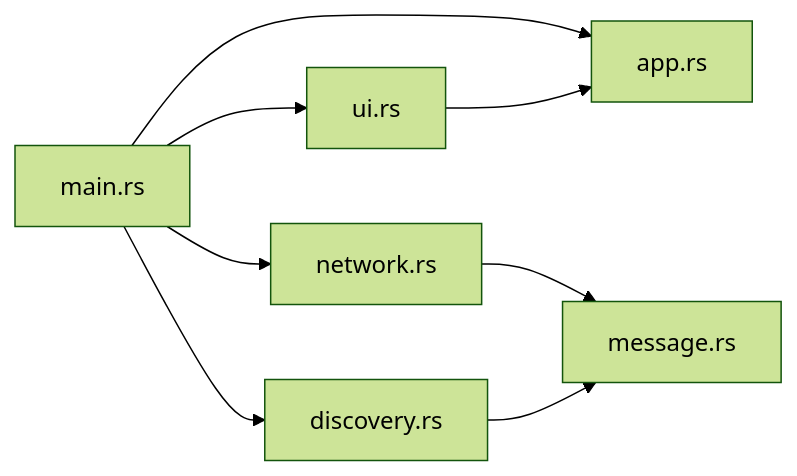
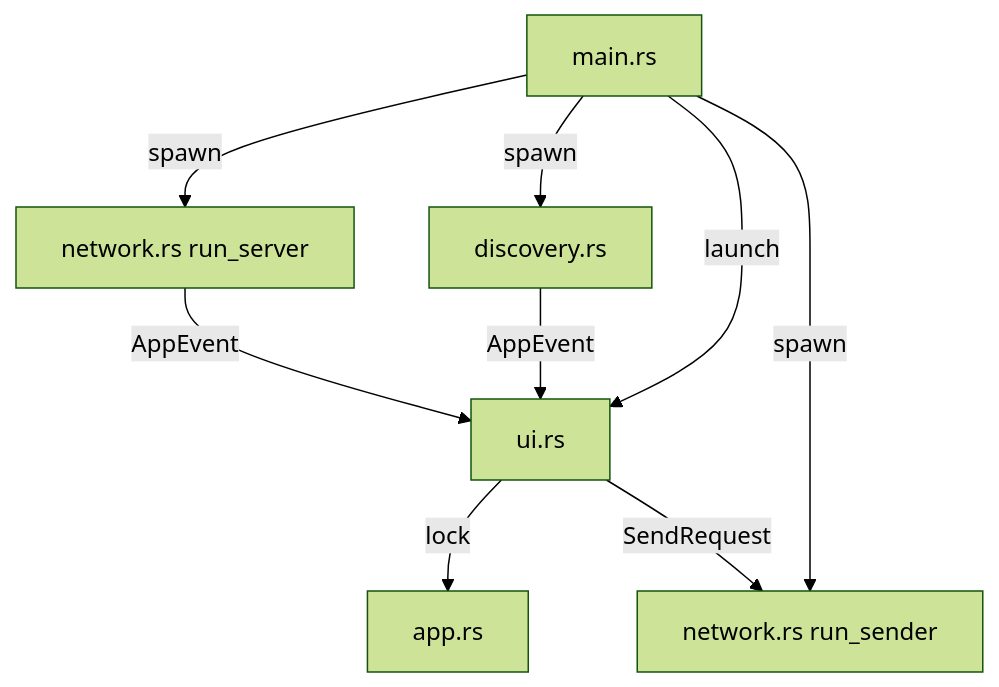
Before and after one commit to Abend-core/abcom: the diagram in docs/abcom/01-architecture-et-structure.md, drawn with Mermaid (forest theme). The commit also changed other lines of this file and 35 other files, not shown here.

````diff
--- a/docs/abcom/01-architecture-et-structure.md
+++ b/docs/abcom/01-architecture-et-structure.md
@@ -12,17 +28,11 @@
 ```mermaid
-flowchart LR
-    M_main[main.rs]
-    M_app[app.rs]
-    M_discovery[discovery.rs]
-    M_network[network.rs]
-    M_ui[ui.rs]
-    M_message[message.rs]
-
-    M_main --> M_app
-    M_main --> M_discovery
-    M_main --> M_network
-    M_main --> M_ui
-    M_ui --> M_app
-    M_network --> M_message
-    M_discovery --> M_message
+flowchart TB
+    Main[main.rs] -->|spawn| Discovery[discovery.rs]
+    Main -->|spawn| Server[network.rs run_server]
+    Main -->|spawn| Sender[network.rs run_sender]
+    Main -->|launch| UI[ui.rs]
+    UI -->|lock| App[app.rs]
+    Discovery -->|AppEvent| UI
+    Server -->|AppEvent| UI
+    UI -->|SendRequest| Sender
 ```
````
